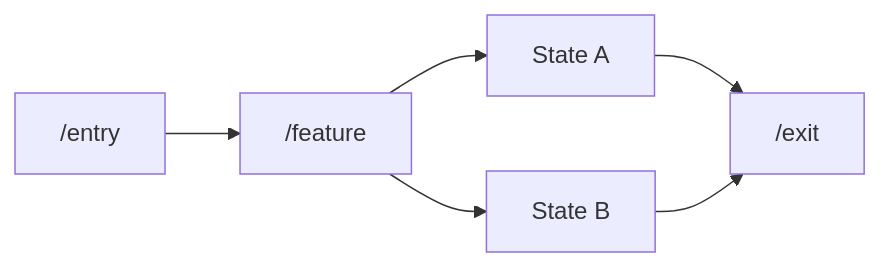
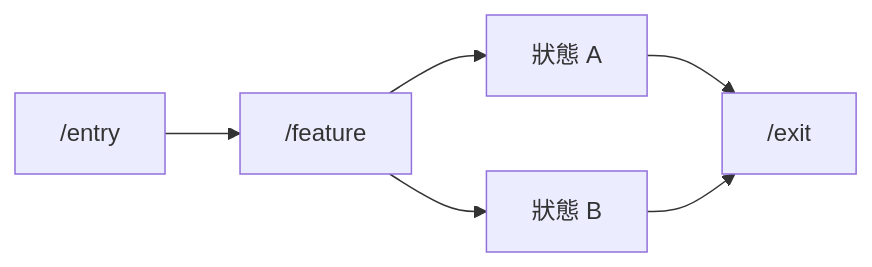
One commit to singyichen/label-suite changed the second of 2 diagrams in .specify/templates/spec-template.md. Above: the diagram before and after it, drawn with Mermaid. The commit also changed other lines of this file, not shown here.

````diff
--- a/.specify/templates/spec-template.md
+++ b/.specify/templates/spec-template.md
@@ -157,8 +133,8 @@
 ```mermaid
 flowchart LR
     Entry["/entry"] --> Feature["/feature"]
-    Feature --> StateA["State A"]
-    Feature --> StateB["State B"]
+    Feature --> StateA["狀態 A"]
+    Feature --> StateB["狀態 B"]
     StateA --> Exit["/exit"]
     StateB --> Exit
 ```
````
